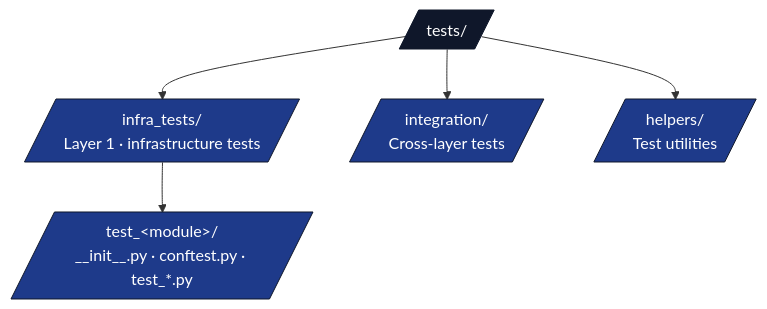
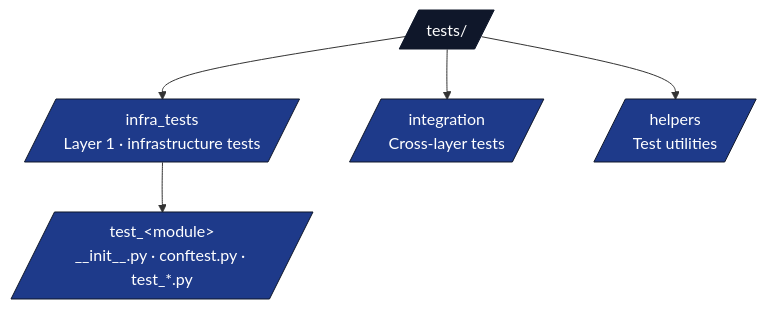
The second of 3 diagrams in docs/rules/AGENTS.md (docxology/template), drawn with Mermaid before and after one commit. The commit also changed other lines of this file and 164 other files, not shown here.

````diff
--- a/docs/rules/AGENTS.md
+++ b/docs/rules/AGENTS.md
@@ -256,14 +256,14 @@
 ```mermaid
 flowchart TB
     T[/tests//]
-    T --> INFRA[/infra_tests/<br/>Layer 1 · infrastructure tests/]
-    T --> INTEG[/integration/<br/>Cross-layer tests/]
-    T --> HELP[/helpers/<br/>Test utilities/]
+    T --> INFRA[/infra_tests<br/>Layer 1 · infrastructure tests/]
+    T --> INTEG[/integration<br/>Cross-layer tests/]
+    T --> HELP[/helpers<br/>Test utilities/]
 
-    INFRA --> SUB[/test_&lt;module&gt;/<br/>__init__.py · conftest.py · test_*.py/]
+    INFRA --> SUB[/test_&lt;module&gt;<br/>__init__.py · conftest.py · test_*.py/]
 
     classDef d fill:#0f172a,stroke:#0f172a,color:#fff
     classDef pkg fill:#1e3a8a,stroke:#0f172a,color:#fff
     class T d
     class INFRA,INTEG,HELP,SUB pkg
 ```
````
